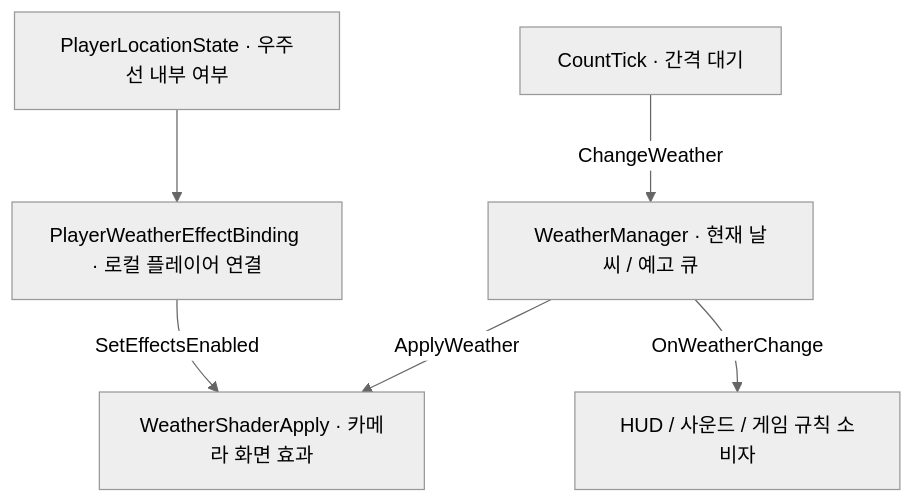
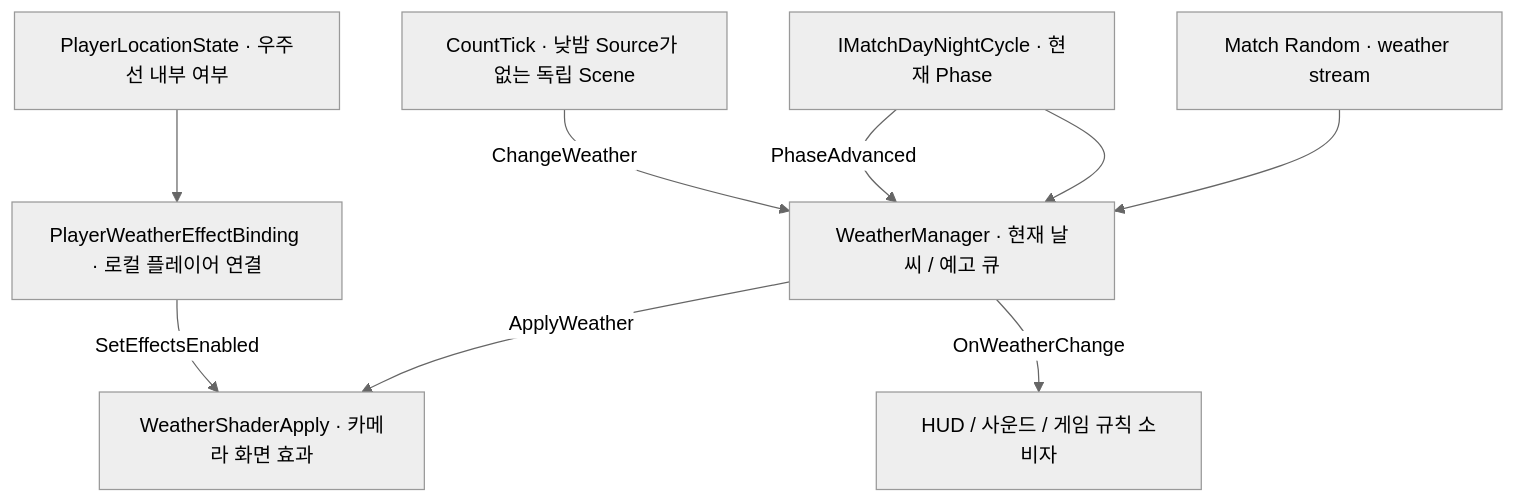
One commit to Team-HJD-21/unity-6-the-developer changed the diagram in Docs/architecture/weather-system-guide.md. Above: the diagram before and after it, drawn with Mermaid (neutral theme). The commit also changed other lines of this file and 11 other files, not shown here.

First line of the commit message:
feat(weather): connect weighted match random (#654)

````diff
--- a/Docs/architecture/weather-system-guide.md
+++ b/Docs/architecture/weather-system-guide.md
@@ -21,8 +22,11 @@
 ```mermaid
 flowchart TD
-    Tick["CountTick · 간격 대기"] -->|ChangeWeather| Manager["WeatherManager · 현재 날씨 / 예고 큐"]
+    Random["Match Random · weather stream"] --> Manager["WeatherManager · 현재 날씨 / 예고 큐"]
+    DayNight["IMatchDayNightCycle · 현재 Phase"] --> Manager
+    DayNight -->|PhaseAdvanced| Manager
+    Tick["CountTick · 낮밤 Source가 없는 독립 Scene"] -->|ChangeWeather| Manager
     Manager -->|ApplyWeather| Shader["WeatherShaderApply · 카메라 화면 효과"]
     Manager -->|OnWeatherChange| Consumers["HUD / 사운드 / 게임 규칙 소비자"]
     Location["PlayerLocationState · 우주선 내부 여부"] --> Binding["PlayerWeatherEffectBinding · 로컬 플레이어 연결"]
     Binding -->|SetEffectsEnabled| Shader
 ```
````
